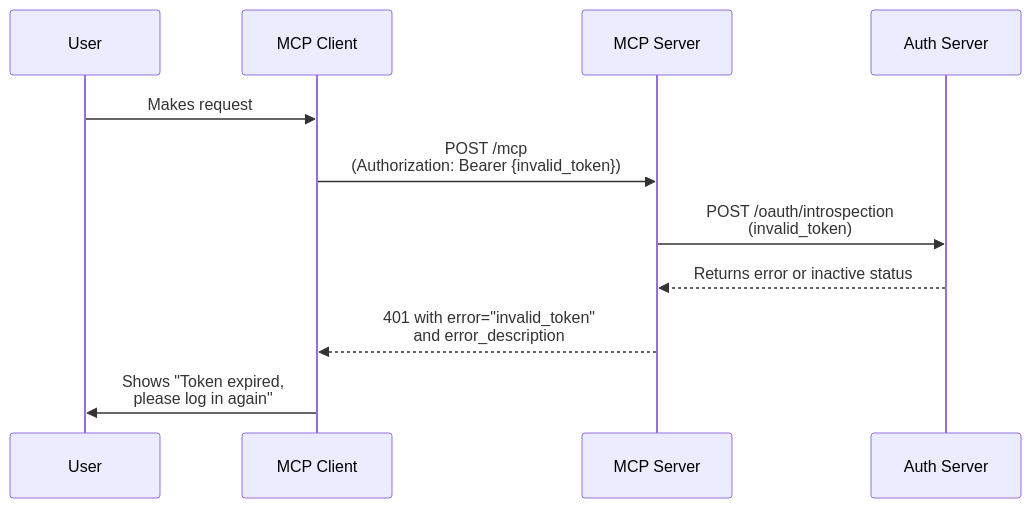
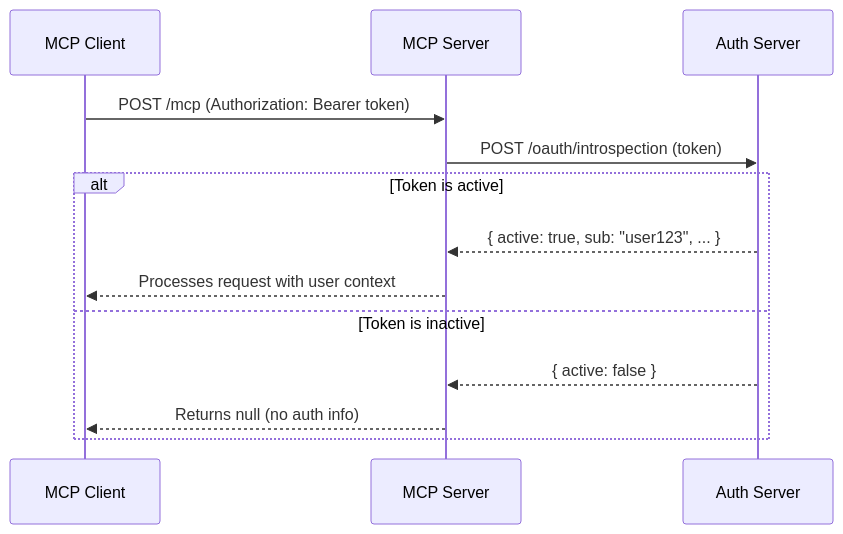
Before and after one commit to rubenpenap/mcp-auth: the diagram in playground/README.mdx, drawn with Mermaid. The commit also changed other lines of this file and 3 other files, not shown here.

First line of the commit message:
refactor: update package name and enhance README for active token validation

````diff
--- a/playground/README.mdx
+++ b/playground/README.mdx
@@ -24,9 +65,12 @@
 ```mermaid
 sequenceDiagram
-    User->>MCP Client: Makes request
-    MCP Client->>MCP Server: POST /mcp<br/>(Authorization: Bearer {invalid_token})
-    MCP Server->>Auth Server: POST /oauth/introspection<br/>(invalid_token)
-    Auth Server-->>MCP Server: Returns error or inactive status
-    MCP Server-->>MCP Client: 401 with error="invalid_token"<br/>and error_description
-    MCP Client->>User: Shows "Token expired,<br/>please log in again"
+    MCP Client->>MCP Server: POST /mcp (Authorization: Bearer token)
+    MCP Server->>Auth Server: POST /oauth/introspection (token)
+    alt Token is active
+        Auth Server-->>MCP Server: { active: true, sub: "user123", ... }
+        MCP Server-->>MCP Client: Processes request with user context
+    else Token is inactive
+        Auth Server-->>MCP Server: { active: false }
+        MCP Server-->>MCP Client: Returns null (no auth info)
+    end
 ```
````
